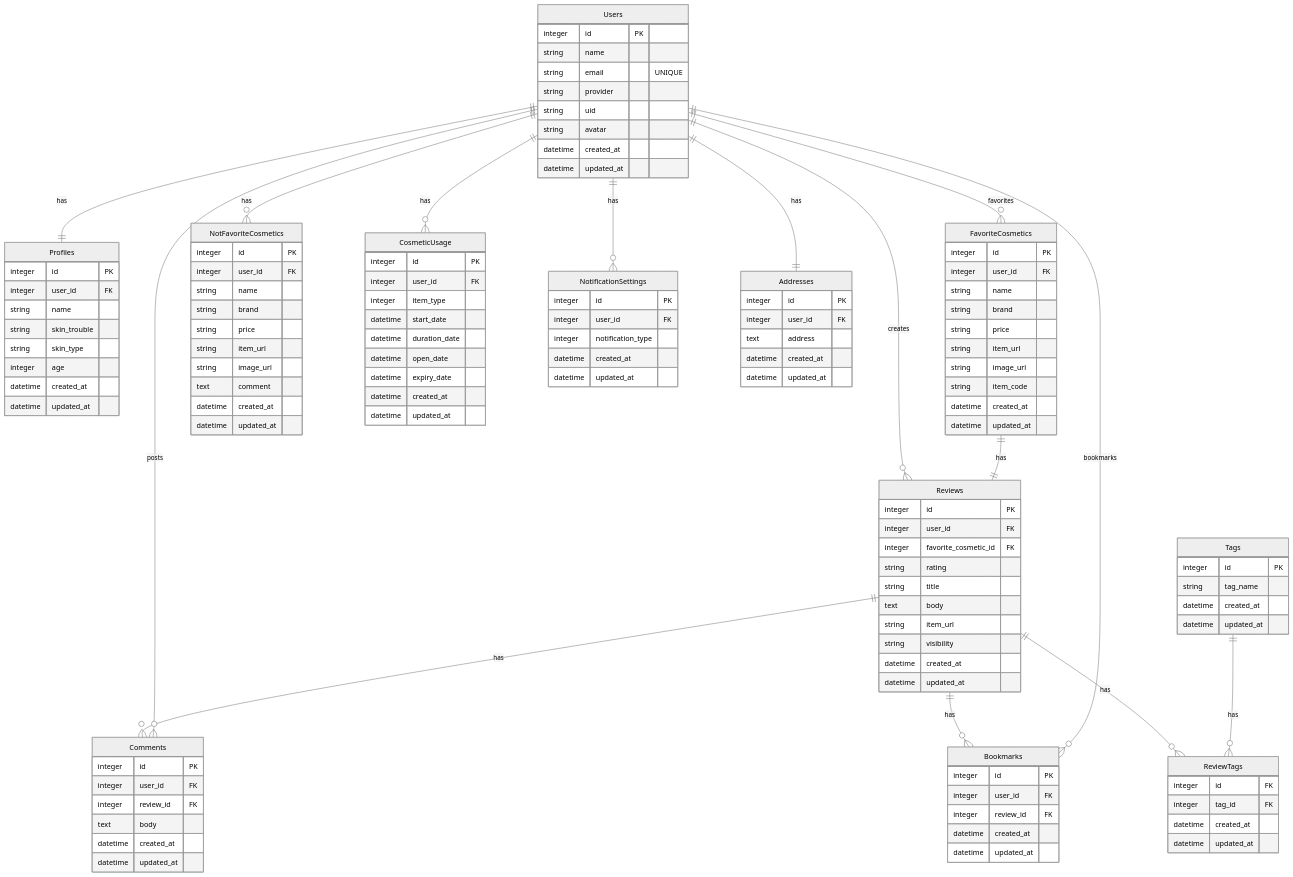
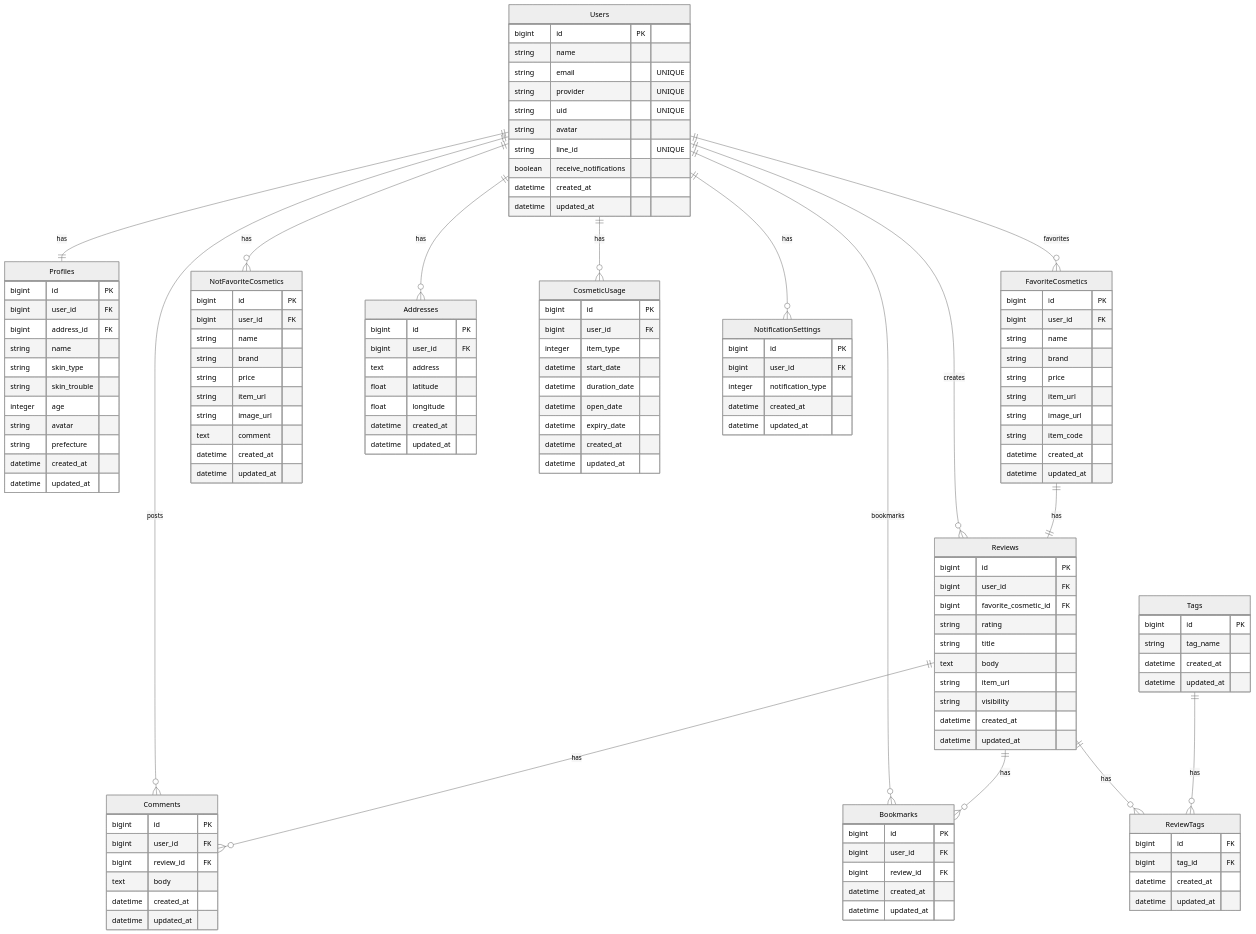
One commit to rk0325/korecare changed the diagram in README.md. Above: the diagram before and after it, drawn with Mermaid (neutral theme). The commit also changed other lines of this file and 17 other files, not shown here.

```diff
--- a/README.md
+++ b/README.md
@@ -8,42 +8,57 @@
 Users ||--o{ FavoriteCosmetics : favorites
 Users ||--o{ NotFavoriteCosmetics : has
 Users ||--o{ Reviews : creates
+Users ||--o{ Addresses : has
+Users ||--o{ Bookmarks : bookmarks
+Users ||--o{ CosmeticUsage : has
+Users ||--o{ NotificationSettings : has
+Users ||--o{ Comments : posts
 FavoriteCosmetics ||--|| Reviews : has
 Reviews ||--o{ Comments : has
-Users ||--o{ Comments : posts
 Reviews ||--o{ Bookmarks : has
-Users ||--o{ Bookmarks : bookmarks
 Reviews ||--o{ ReviewTags : has
 Tags ||--o{ ReviewTags : has
-Users ||--o{ CosmeticUsage : has
-Users ||--o{ NotificationSettings : has
-Users ||--|| Addresses : has
 
 Users {
-  integer id PK
+  bigint id PK
   string name
   string email "UNIQUE"
-  string provider
-  string uid
+  string provider "UNIQUE"
+  string uid "UNIQUE"
   string avatar
+  string line_id "UNIQUE"
+  boolean receive_notifications
   datetime created_at
   datetime updated_at
 }
 
 Profiles {
-  integer id PK
-  integer user_id FK
+  bigint id PK
+  bigint user_id FK
+  bigint address_id FK
   string name
+  string skin_type
   string skin_trouble
-  string skin_type
   integer age
+  string avatar
+  string prefecture
+  datetime created_at
+  datetime updated_at
+}
+
+Addresses {
+  bigint id PK
+  bigint user_id FK
+  text address
+  float latitude
+  float longitude
   datetime created_at
   datetime updated_at
 }
 
 FavoriteCosmetics {
-  integer id PK
-  integer user_id FK
+  bigint id PK
+  bigint user_id FK
   string name
   string brand
   string price
@@ -55,8 +70,8 @@
 }
 
 NotFavoriteCosmetics {
-  integer id PK
-  integer user_id FK
+  bigint id PK
+  bigint user_id FK
   string name
   string brand
   string price
@@ -67,10 +82,30 @@
   datetime updated_at
 }
 
+CosmeticUsage {
+  bigint id PK
+  bigint user_id FK
+  integer item_type
+  datetime start_date
+  datetime duration_date
+  datetime open_date
+  datetime expiry_date
+  datetime created_at
+  datetime updated_at
+}
+
+NotificationSettings {
+  bigint id PK
+  bigint user_id FK
+  integer notification_type
+  datetime created_at
+  datetime updated_at
+}
+
 Reviews {
-  integer id PK
-  integer user_id FK
-  integer favorite_cosmetic_id FK
+  bigint id PK
+  bigint user_id FK
+  bigint favorite_cosmetic_id FK
   string rating
   string title
   text body
@@ -81,60 +116,32 @@
 }
 
 Comments {
-  integer id PK
-  integer user_id FK
-  integer review_id FK
+  bigint id PK
+  bigint user_id FK
+  bigint review_id FK
   text body
   datetime created_at
   datetime updated_at
 }
 
 Bookmarks {
-  integer id PK
-  integer user_id FK
-  integer review_id FK
+  bigint id PK
+  bigint user_id FK
+  bigint review_id FK
   datetime created_at
   datetime updated_at
 }
 
 Tags {
-  integer id PK
+  bigint id PK
   string tag_name
   datetime created_at
   datetime updated_at
 }
 
 ReviewTags {
-  integer id FK
-  integer tag_id FK
-  datetime created_at
-  datetime updated_at
-}
-
-CosmeticUsage {
-  integer id PK
-  integer user_id FK
-  integer item_type
-  datetime start_date
-  datetime duration_date
-  datetime open_date
-  datetime expiry_date
-  datetime created_at
-  datetime updated_at
-}
-
-NotificationSettings {
-  integer id PK
-  integer user_id FK
-  integer notification_type
-  datetime created_at
-  datetime updated_at
-}
-
-Addresses {
-  integer id PK
-  integer user_id FK
-  text address
+  bigint id FK
+  bigint tag_id FK
   datetime created_at
   datetime updated_at
 }
```
